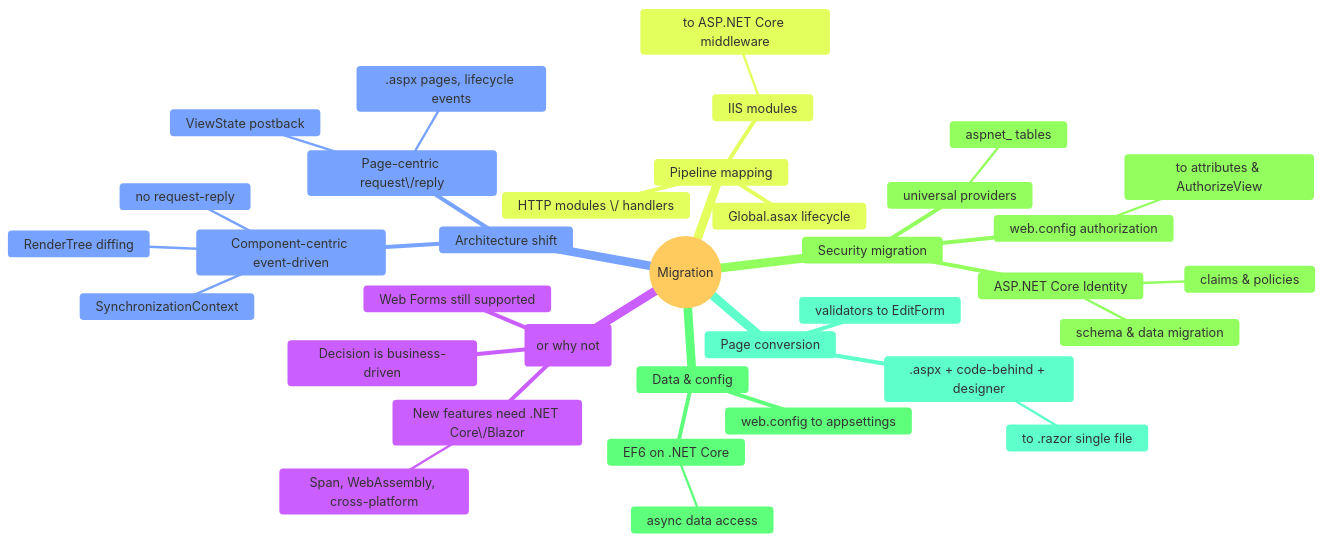
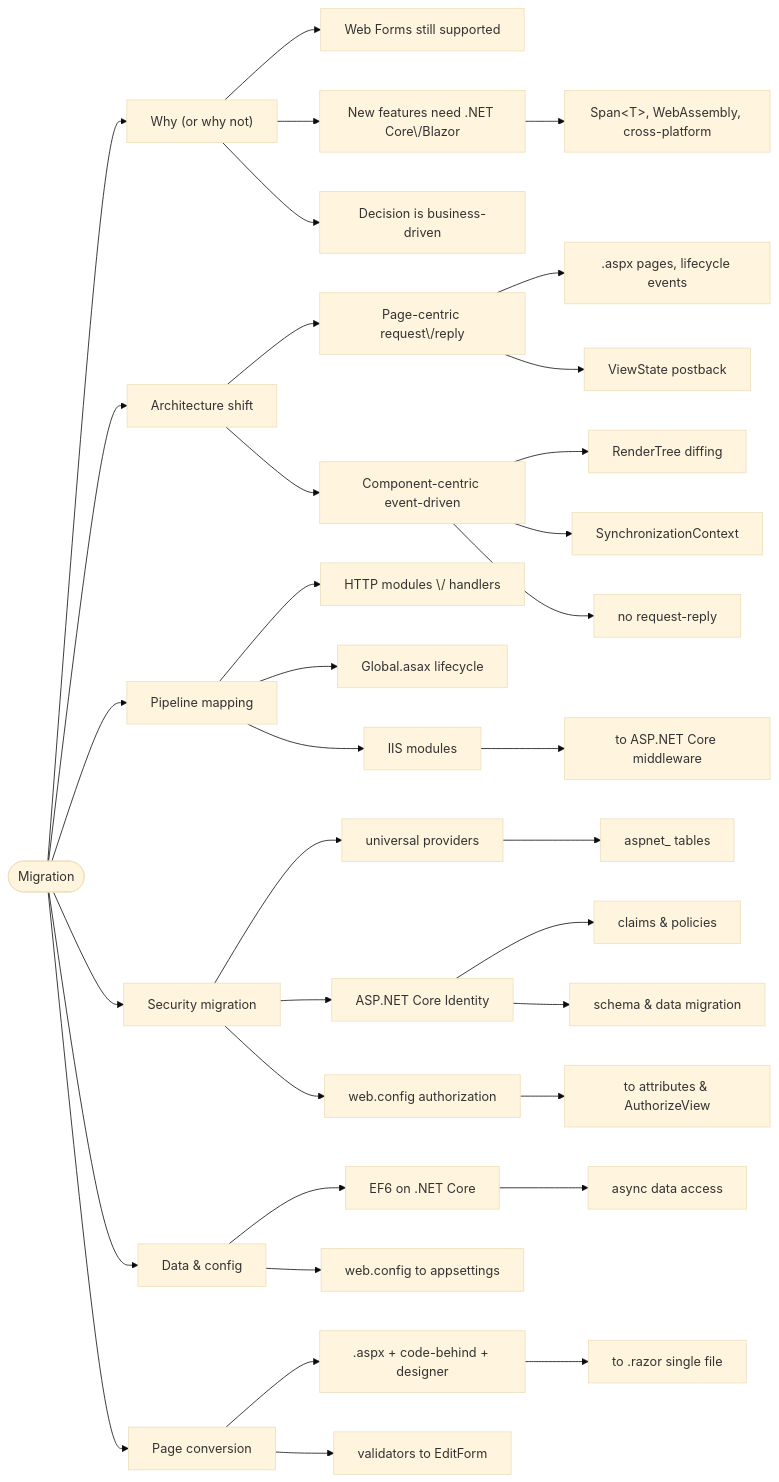
One commit to 42WASD/42wasd-community-web changed the diagram in docs/knowledge/web-forms-migration/index.md. Above: the diagram before and after it, drawn with Mermaid (base theme). The commit also changed 13 other files, not shown here.

First line of the commit message:
Convert knowledge mindmaps to flowchart LR diagrams

````diff
--- a/docs/knowledge/web-forms-migration/index.md
+++ b/docs/knowledge/web-forms-migration/index.md
@@ -10,38 +10,72 @@
 ```mermaid
-mindmap
-  root((Migration))
-    Why (or why not)
-      Web Forms still supported
-      New features need .NET Core\\/Blazor
-        Span<T>, WebAssembly, cross-platform
-      Decision is business-driven
-    Architecture shift
-      Page-centric request\\/reply
-        .aspx pages, lifecycle events
-        ViewState postback
-      Component-centric event-driven
-        RenderTree diffing
-        SynchronizationContext
-        no request-reply
-    Pipeline mapping
-      HTTP modules \\/ handlers
-      Global.asax lifecycle
-      IIS modules
-        to ASP.NET Core middleware
-    Security migration
-      universal providers
-        aspnet_ tables
-      ASP.NET Core Identity
-        claims & policies
-        schema & data migration
-      web.config authorization
-        to attributes & AuthorizeView
-    Data & config
-      EF6 on .NET Core
-        async data access
-      web.config to appsettings
-    Page conversion
-      .aspx + code-behind + designer
-        to .razor single file
-      validators to EditForm
+flowchart LR
+    n1(["Migration"])
+    n2["Why (or why not)"]
+    n3["Web Forms still supported"]
+    n4["New features need .NET Core\/Blazor"]
+    n5["Span&lt;T&gt;, WebAssembly, cross-platform"]
+    n6["Decision is business-driven"]
+    n7["Architecture shift"]
+    n8["Page-centric request\/reply"]
+    n9[".aspx pages, lifecycle events"]
+    n10["ViewState postback"]
+    n11["Component-centric event-driven"]
+    n12["RenderTree diffing"]
+    n13["SynchronizationContext"]
+    n14["no request-reply"]
+    n15["Pipeline mapping"]
+    n16["HTTP modules \/ handlers"]
+    n17["Global.asax lifecycle"]
+    n18["IIS modules"]
+    n19["to ASP.NET Core middleware"]
+    n20["Security migration"]
+    n21["universal providers"]
+    n22["aspnet_ tables"]
+    n23["ASP.NET Core Identity"]
+    n24["claims &amp; policies"]
+    n25["schema &amp; data migration"]
+    n26["web.config authorization"]
+    n27["to attributes &amp; AuthorizeView"]
+    n28["Data &amp; config"]
+    n29["EF6 on .NET Core"]
+    n30["async data access"]
+    n31["web.config to appsettings"]
+    n32["Page conversion"]
+    n33[".aspx + code-behind + designer"]
+    n34["to .razor single file"]
+    n35["validators to EditForm"]
+    n1 --> n2
+    n2 --> n3
+    n2 --> n4
+    n4 --> n5
+    n2 --> n6
+    n1 --> n7
+    n7 --> n8
+    n8 --> n9
+    n8 --> n10
+    n7 --> n11
+    n11 --> n12
+    n11 --> n13
+    n11 --> n14
+    n1 --> n15
+    n15 --> n16
+    n15 --> n17
+    n15 --> n18
+    n18 --> n19
+    n1 --> n20
+    n20 --> n21
+    n21 --> n22
+    n20 --> n23
+    n23 --> n24
+    n23 --> n25
+    n20 --> n26
+    n26 --> n27
+    n1 --> n28
+    n28 --> n29
+    n29 --> n30
+    n28 --> n31
+    n1 --> n32
+    n32 --> n33
+    n33 --> n34
+    n32 --> n35
 ```
````
